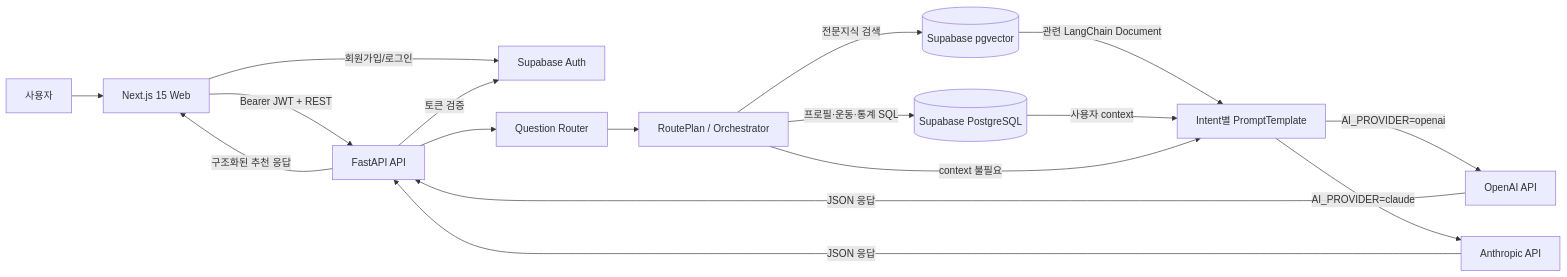
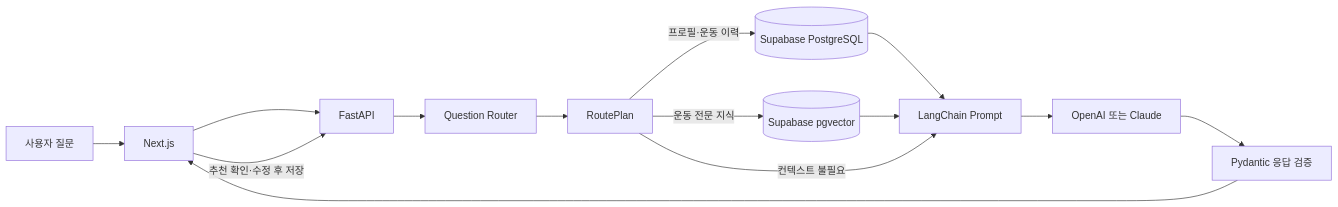
The diagram in README.md (kwonup/fit-pt), drawn with Mermaid before and after one commit. The commit also changed other lines of this file and 5 other files, not shown here.

````diff
--- a/README.md
+++ b/README.md
@@ -174,19 +69,16 @@
 ```mermaid
 flowchart LR
-    User[사용자] --> Web[Next.js 15 Web]
-    Web -->|회원가입/로그인| Auth[Supabase Auth]
-    Web -->|Bearer JWT + REST| API[FastAPI API]
-    API -->|토큰 검증| Auth
+    User[사용자 질문] --> Web[Next.js]
+    Web --> API[FastAPI]
     API --> Router[Question Router]
-    Router --> Plan[RoutePlan / Orchestrator]
-    Plan -->|프로필·운동·통계 SQL| DB[(Supabase PostgreSQL)]
-    Plan -->|전문지식 검색| Vector[(Supabase pgvector)]
-    Vector -->|관련 LangChain Document| Prompt[Intent별 PromptTemplate]
-    DB -->|사용자 context| Prompt
-    Plan -->|context 불필요| Prompt
-    Prompt -->|AI_PROVIDER=openai| OpenAI[OpenAI API]
-    Prompt -->|AI_PROVIDER=claude| Claude[Anthropic API]
-    OpenAI -->|JSON 응답| API
-    Claude -->|JSON 응답| API
-    API -->|구조화된 추천 응답| Web
+    Router --> Plan[RoutePlan]
+    Plan -->|프로필·운동 이력| DB[(Supabase PostgreSQL)]
+    Plan -->|운동 전문 지식| Vector[(Supabase pgvector)]
+    DB --> Prompt[LangChain Prompt]
+    Vector --> Prompt
+    Plan -->|컨텍스트 불필요| Prompt
+    Prompt --> LLM[OpenAI 또는 Claude]
+    LLM --> Validate[Pydantic 응답 검증]
+    Validate --> Web
+    Web -->|추천 확인·수정 후 저장| API
 ```
````
